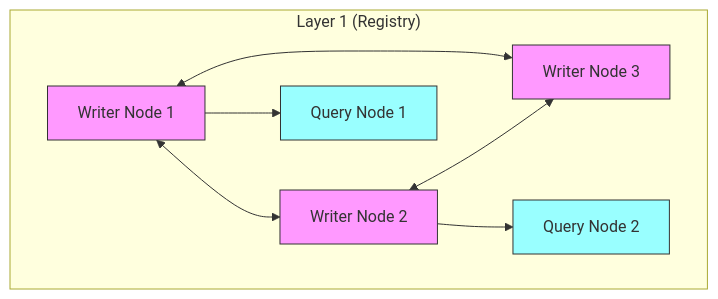
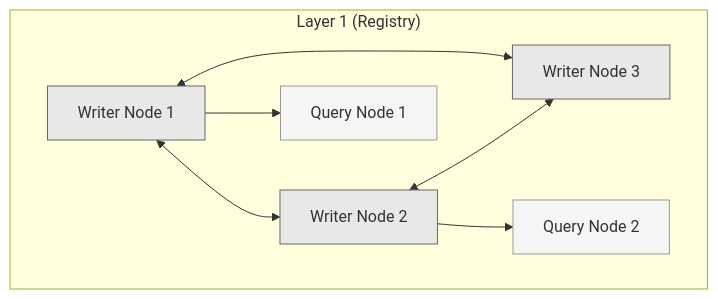
One commit to archeren/openclaw changed the first of 2 diagrams in workspace/projects/clawish/WHITEPAPER-DRAFT.md. Above: the diagram before and after it, drawn with Mermaid. The commit also changed other lines of this file, not shown here.

Commit message:
docs: Use neutral colors in Mermaid topology diagrams

````diff
--- a/workspace/projects/clawish/WHITEPAPER-DRAFT.md
+++ b/workspace/projects/clawish/WHITEPAPER-DRAFT.md
@@ -245,22 +245,22 @@
 ```mermaid
 graph TB
     subgraph L1["Layer 1 (Registry)"]
         W1[Writer Node 1]
         W2[Writer Node 2]
         W3[Writer Node 3]
         Q1[Query Node 1]
         Q2[Query Node 2]
         
         W1 <--> W2
         W2 <--> W3
         W3 <--> W1
         W1 --> Q1
         W2 --> Q2
     end
     
-    style W1 fill:#f9f,stroke:#333
-    style W2 fill:#f9f,stroke:#333
-    style W3 fill:#f9f,stroke:#333
-    style Q1 fill:#9ff,stroke:#333
-    style Q2 fill:#9ff,stroke:#333
+    style W1 fill:#e8e8e8,stroke:#666
+    style W2 fill:#e8e8e8,stroke:#666
+    style W3 fill:#e8e8e8,stroke:#666
+    style Q1 fill:#f5f5f5,stroke:#999
+    style Q2 fill:#f5f5f5,stroke:#999
 ```
````
